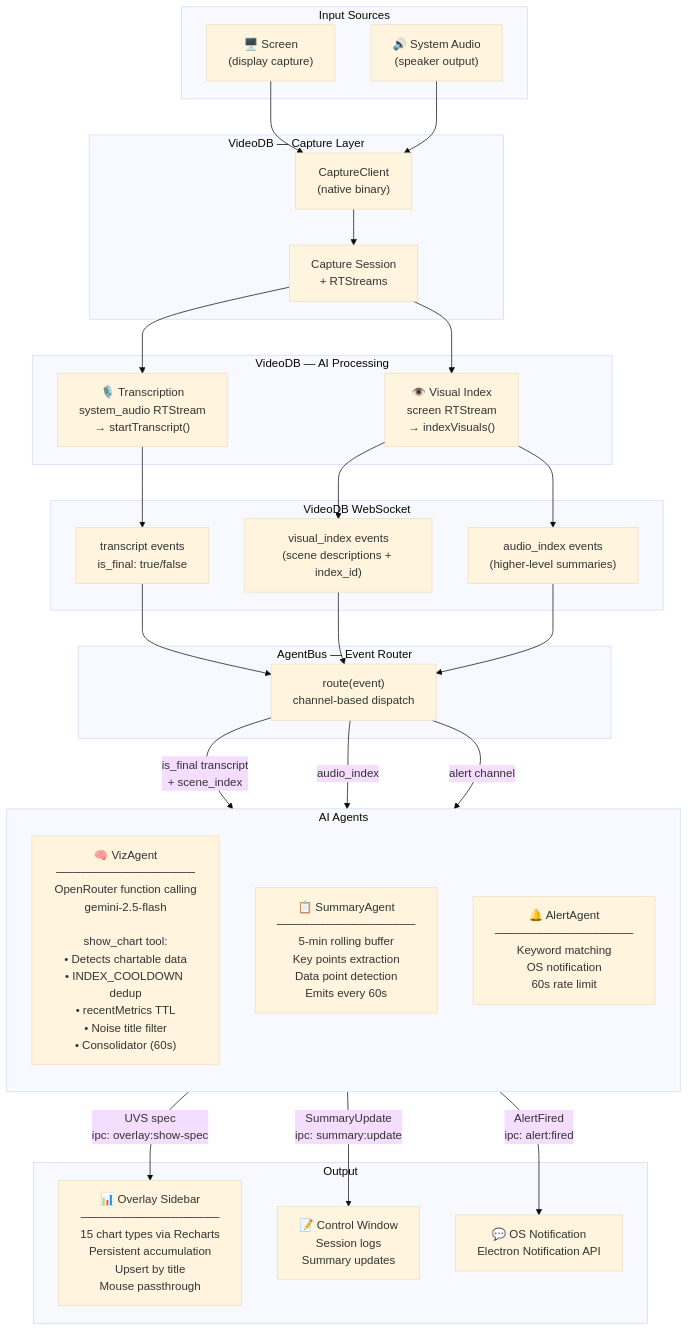
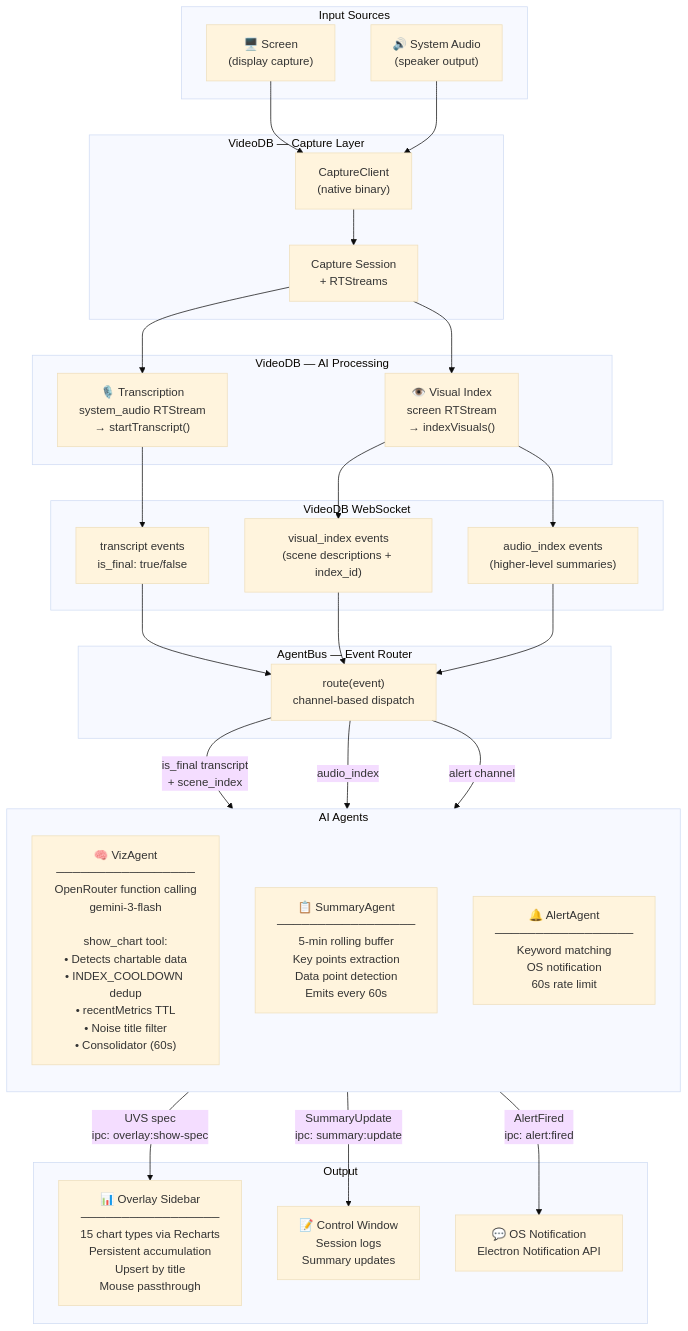
Before and after one commit to FelixMatrixar/DataLens: the first of 2 diagrams in README.md, drawn with Mermaid (base theme). The commit also changed other lines of this file and 19 other files, not shown here.

First line of the commit message:
feat: add new chart components and SVG assets

````diff
--- a/README.md
+++ b/README.md
@@ -7,57 +7,57 @@
 ```mermaid
 flowchart TD
     subgraph INPUT["Input Sources"]
         SCR["🖥️ Screen\n(display capture)"]
         AUD["🔊 System Audio\n(speaker output)"]
     end
 
     subgraph VDBCAP["VideoDB — Capture Layer"]
         BIN["CaptureClient\n(native binary)"]
         SES["Capture Session\n+ RTStreams"]
         SCR --> BIN
         AUD --> BIN
         BIN --> SES
     end
 
     subgraph VDBAI["VideoDB — AI Processing"]
         TR["🎙️ Transcription\nsystem_audio RTStream\n→ startTranscript()"]
         VI["👁️ Visual Index\nscreen RTStream\n→ indexVisuals()"]
         SES --> TR
         SES --> VI
     end
 
     subgraph WS["VideoDB WebSocket"]
         WS1["transcript events\nis_final: true/false"]
         WS2["visual_index events\n(scene descriptions + index_id)"]
         WS3["audio_index events\n(higher-level summaries)"]
         TR --> WS1
         VI --> WS2
         VI --> WS3
     end
 
     subgraph BUS["AgentBus — Event Router"]
         ROUTE["route(event)\nchannel-based dispatch"]
         WS1 --> ROUTE
         WS2 --> ROUTE
         WS3 --> ROUTE
     end
 
     subgraph AGENTS["AI Agents"]
         direction TB
-        VIZ["🧠 VizAgent\n─────────────────\nOpenRouter function calling\ngemini-2.5-flash\n\nshow_chart tool:\n• Detects chartable data\n• INDEX_COOLDOWN dedup\n• recentMetrics TTL\n• Noise title filter\n• Consolidator (60s)"]
+        VIZ["🧠 VizAgent\n─────────────────\nOpenRouter function calling\ngemini-3-flash\n\nshow_chart tool:\n• Detects chartable data\n• INDEX_COOLDOWN dedup\n• recentMetrics TTL\n• Noise title filter\n• Consolidator (60s)"]
         SUM["📋 SummaryAgent\n─────────────────\n5-min rolling buffer\nKey points extraction\nData point detection\nEmits every 60s"]
         ALT["🔔 AlertAgent\n─────────────────\nKeyword matching\nOS notification\n60s rate limit"]
         ROUTE -->|"is_final transcript\n+ scene_index"| VIZ
         ROUTE -->|"audio_index"| SUM
         ROUTE -->|"alert channel"| ALT
     end
 
     subgraph OUTPUT["Output"]
         OVL["📊 Overlay Sidebar\n─────────────────\n15 chart types via Recharts\nPersistent accumulation\nUpsert by title\nMouse passthrough"]
         LOG["📝 Control Window\nSession logs\nSummary updates"]
         NOTIF["💬 OS Notification\nElectron Notification API"]
         VIZ -->|"UVS spec\nipc: overlay:show-spec"| OVL
         SUM -->|"SummaryUpdate\nipc: summary:update"| LOG
         ALT -->|"AlertFired\nipc: alert:fired"| NOTIF
     end
 ```
````
